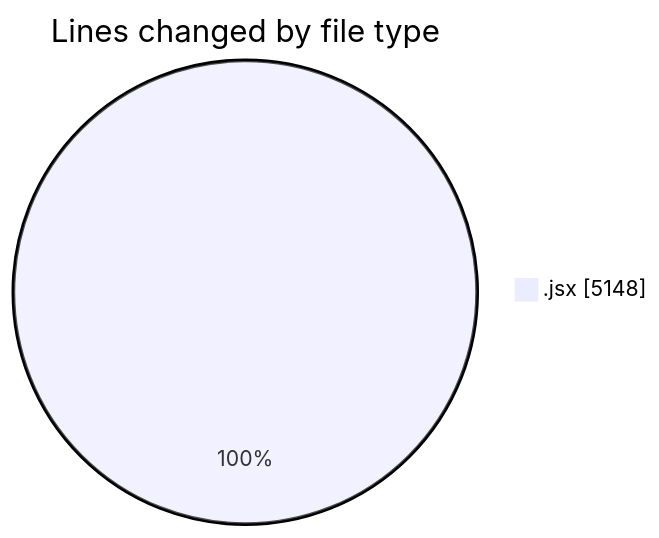
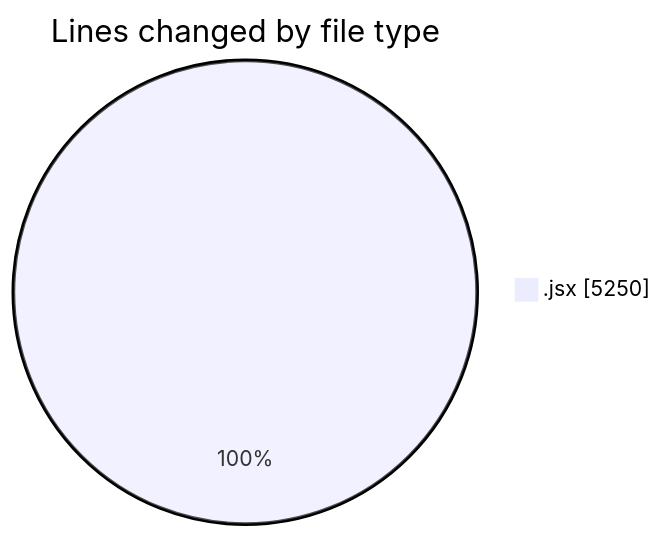
Before and after one commit to nxtqubesakshisongat/code-tracking: the first of 2 diagrams in 2025-10-07/nxtqube_webapp/README.md, drawn with Mermaid. The commit also changed other lines of this file and 1 other file, not shown here.

````diff
--- a/2025-10-07/nxtqube_webapp/README.md
+++ b/2025-10-07/nxtqube_webapp/README.md
@@ -23,5 +23,5 @@
 ```mermaid
 pie showData
 title Lines changed by file type
-".jsx" : 5148
+".jsx" : 5250
 ```
````
